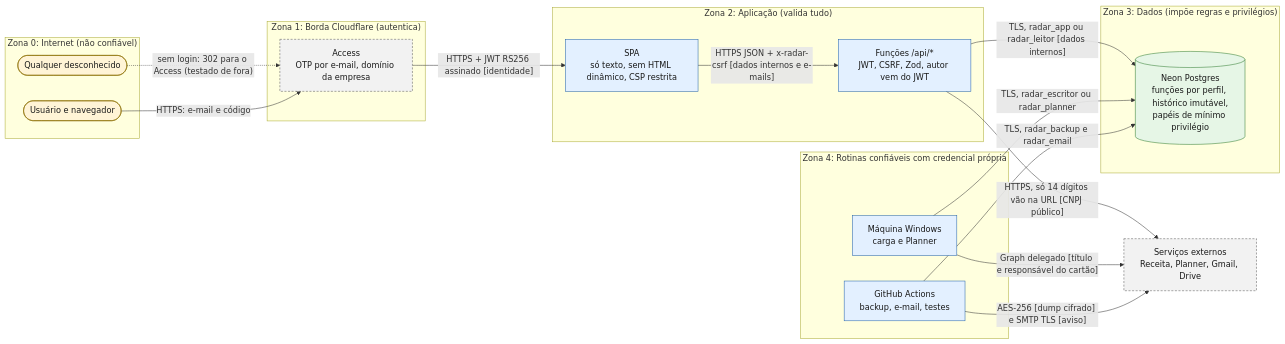
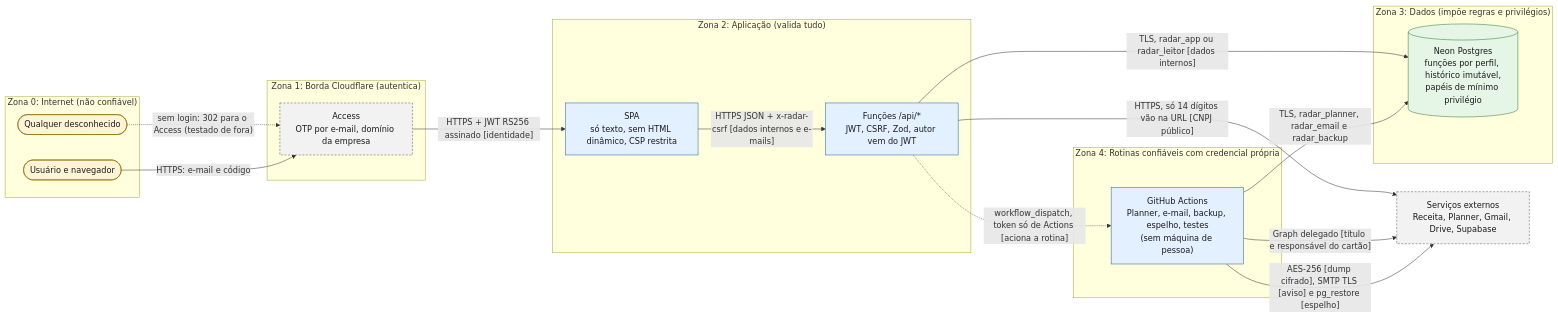
Diagram 20 of 22 in docs/DIAGRAMAS.md (agentanalisedegoverno-svg/dashboard-metrics-team), drawn with Mermaid before and after one commit. The commit also changed other lines of this file and 23 other files, not shown here.

Commit message:
docs: atualizar arquitetura, diagramas (D1 a D19, SVG) e documentos ao estado de 28/10/2026

````diff
--- a/docs/DIAGRAMAS.md
+++ b/docs/DIAGRAMAS.md
@@ -753,43 +748,42 @@
 ```mermaid
 flowchart LR
   classDef pessoa fill:#fff4d6,stroke:#8a6d00,color:#1a1a1a
   classDef proc fill:#e3f0ff,stroke:#1f5fa8,color:#1a1a1a
   classDef dados fill:#e6f6e6,stroke:#2d7a2d,color:#1a1a1a
   classDef externo fill:#f2f2f2,stroke:#555555,stroke-dasharray:4 3,color:#1a1a1a
 
   subgraph z0["Zona 0: Internet (não confiável)"]
     U(["Usuário e navegador"]):::pessoa
     ATK(["Qualquer desconhecido"]):::pessoa
   end
 
   subgraph z1["Zona 1: Borda Cloudflare (autentica)"]
     ACC["Access<br/>OTP por e-mail, domínio da empresa"]:::externo
   end
 
   subgraph z2["Zona 2: Aplicação (valida tudo)"]
     SPA["SPA<br/>só texto, sem HTML dinâmico, CSP restrita"]:::proc
     API["Funções /api/*<br/>JWT, CSRF, Zod, autor vem do JWT"]:::proc
   end
 
   subgraph z3["Zona 3: Dados (impõe regras e privilégios)"]
     DB[("Neon Postgres<br/>funções por perfil, histórico imutável,<br/>papéis de mínimo privilégio")]:::dados
   end
 
   subgraph z4["Zona 4: Rotinas confiáveis com credencial própria"]
-    WIN["Máquina Windows<br/>carga e Planner"]:::proc
-    GHA["GitHub Actions<br/>backup, e-mail, testes"]:::proc
+    GHA["GitHub Actions<br/>Planner, e-mail, backup, espelho, testes<br/>(sem máquina de pessoa)"]:::proc
   end
 
-  EXT["Serviços externos<br/>Receita, Planner, Gmail, Drive"]:::externo
+  EXT["Serviços externos<br/>Receita, Planner, Gmail, Drive, Supabase"]:::externo
 
   ATK -.->|"sem login: 302 para o Access (testado de fora)"| ACC
   U -->|"HTTPS: e-mail e código"| ACC
   ACC -->|"HTTPS + JWT RS256 assinado [identidade]"| SPA
   SPA -->|"HTTPS JSON + x-radar-csrf [dados internos e e-mails]"| API
   API -->|"TLS, radar_app ou radar_leitor [dados internos]"| DB
   API -->|"HTTPS, só 14 dígitos vão na URL [CNPJ público]"| EXT
-  WIN -->|"TLS, radar_escritor ou radar_planner"| DB
-  WIN -->|"Graph delegado [título e responsável do cartão]"| EXT
-  GHA -->|"TLS, radar_backup e radar_email"| DB
-  GHA -->|"AES-256 [dump cifrado] e SMTP TLS [aviso]"| EXT
+  API -.->|"workflow_dispatch, token só de Actions [aciona a rotina]"| GHA
+  GHA -->|"TLS, radar_planner, radar_email e radar_backup"| DB
+  GHA -->|"Graph delegado [título e responsável do cartão]"| EXT
+  GHA -->|"AES-256 [dump cifrado], SMTP TLS [aviso] e pg_restore [espelho]"| EXT
 ```
````
